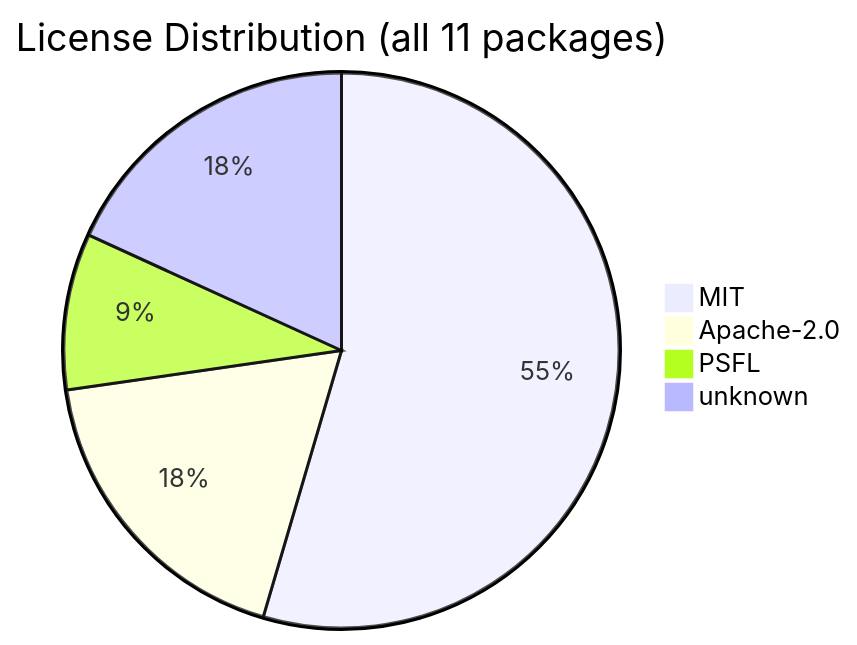
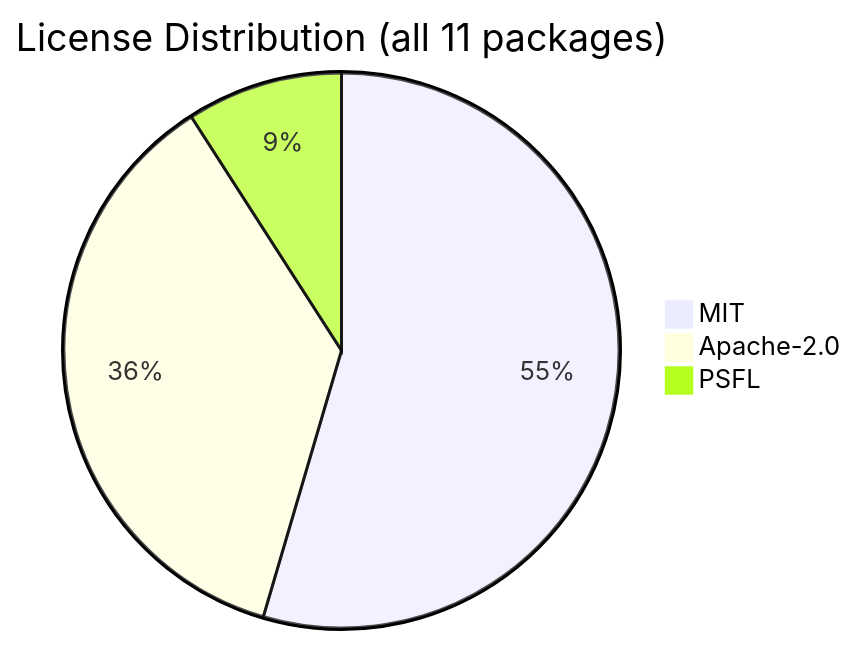
Before and after one commit to svenroth-ai/shipwright: the diagram in .shipwright/compliance/sbom.md, drawn with Mermaid. The commit also changed other lines of this file and 57 other files, not shown here.

````diff
--- a/.shipwright/compliance/sbom.md
+++ b/.shipwright/compliance/sbom.md
@@ -18,7 +18,6 @@
 ```mermaid
 pie title License Distribution (all 11 packages)
     "MIT" : 6
-    "Apache-2.0" : 2
+    "Apache-2.0" : 4
     "PSFL" : 1
-    "unknown" : 2
 ```
````
